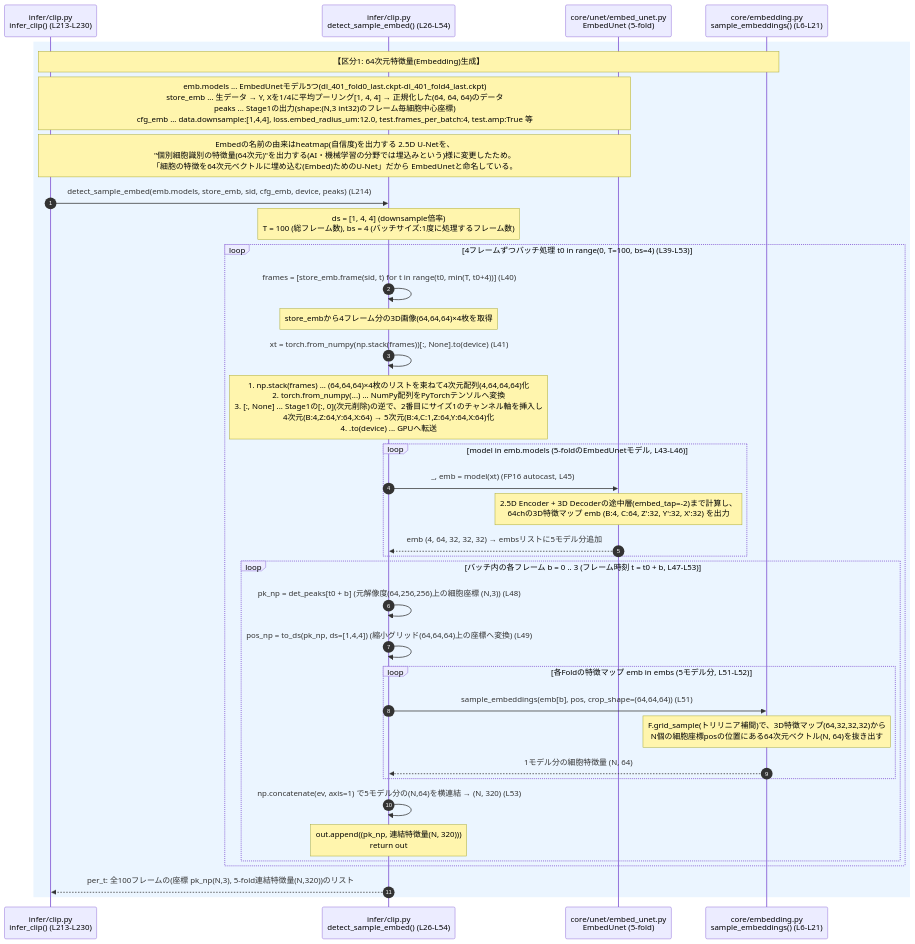
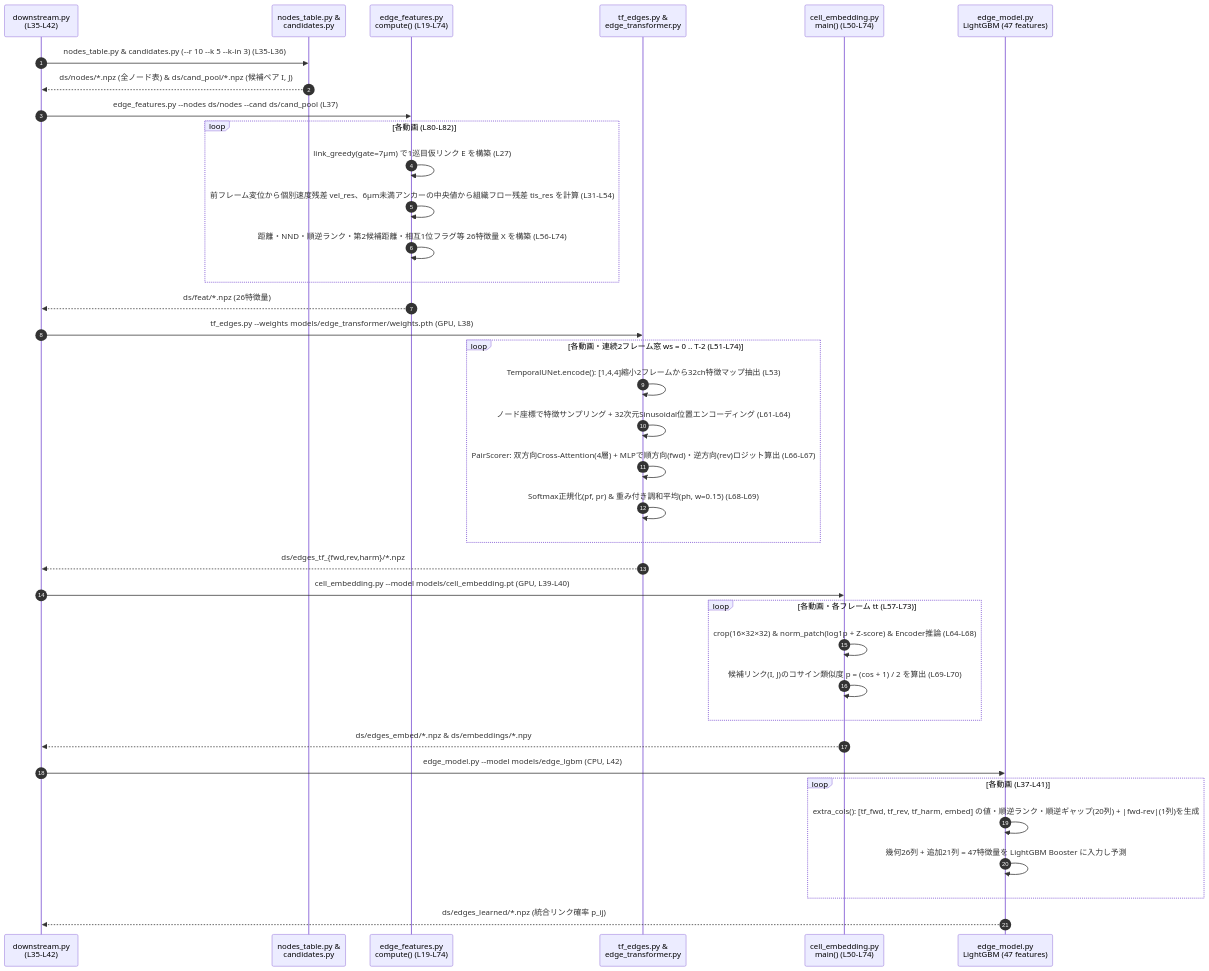
One commit to kito2718/kgle_001_BCT_Episode changed the fourth of 8 diagrams in episode/Summary&Conclusion/4th-place-summary.md. Above: the diagram before and after it, drawn with Mermaid. The commit also changed other lines of this file and 1 other file, not shown here.

````diff
--- a/episode/Summary&Conclusion/4th-place-summary.md
+++ b/episode/Summary&Conclusion/4th-place-summary.md
@@ -287,40 +361,44 @@
 ```mermaid
 sequenceDiagram
     autonumber
-    participant Clip as infer/clip.py<br/>infer_clip() (L213-L230)
-    participant DSE as infer/clip.py<br/>detect_sample_embed() (L26-L54)
-    participant Emb as core/unet/embed_unet.py<br/>EmbedUnet (5-fold)
-    participant Sample as core/embedding.py<br/>sample_embeddings() (L6-L21)
+    participant DS as downstream.py<br/>(L35-L42)
+    participant Cand as nodes_table.py &<br/>candidates.py
+    participant Feat as edge_features.py<br/>compute() (L19-L74)
+    participant TF as tf_edges.py &<br/>edge_transformer.py
+    participant Emb as cell_embedding.py<br/>main() (L50-L74)
+    participant LGB as edge_model.py<br/>LightGBM (47 features)
 
-    rect rgb(235, 245, 255)
-    Note over Clip,Sample: 【区分1: 64次元特徴量(Embedding)生成】
-    Note over Clip,Emb: emb.models ... EmbedUnetモデル5つ(dl_401_fold0_last.ckpt-dl_401_fold4_last.ckpt)<br/>store_emb ... 生データ → Y, Xを1/4に平均プーリング[1, 4, 4] → 正規化した(64, 64, 64)のデータ<br/>peaks ... Stage1の出力(shape:(N,3 int32)のフレーム毎細胞中心座標)<br/>cfg_emb ... data.downsample:[1,4,4], loss.embed_radius_um:12.0, test.frames_per_batch:4, test.amp:True 等
-    Note over Clip,Emb: Embedの名前の由来はheatmap(自信度)を出力する 2.5D U-Netを、<br/>"個別細胞識別の特徴量(64次元)"を出力する(AI・機械学習の分野では埋込みという)様に変更したため。<br/>「細胞の特徴を64次元ベクトルに埋め込む(Embed)ためのU-Net」だから EmbedUnetと命名している。
-    Clip->>DSE: detect_sample_embed(emb.models, store_emb, sid, cfg_emb, device, peaks) (L214)
-    Note over DSE: ds = [1, 4, 4] (downsample倍率)<br/>T = 100 (総フレーム数), bs = 4 (バッチサイズ:1度に処理するフレーム数)
-    loop 4フレームずつバッチ処理 t0 in range(0, T=100, bs=4) (L39-L53)
-        DSE->>DSE: frames = [store_emb.frame(sid, t) for t in range(t0, min(T, t0+4))] (L40)
-        Note over DSE: store_embから4フレーム分の3D画像(64,64,64)×4枚を取得
-        DSE->>DSE: xt = torch.from_numpy(np.stack(frames))[:, None].to(device) (L41)
-        Note over DSE: 1. np.stack(frames) ... (64,64,64)×4枚のリストを束ねて4次元配列(4,64,64,64)化<br/>2. torch.from_numpy(...) ... NumPy配列をPyTorchテンソルへ変換<br/>3. [:, None] ... Stage1の[:, 0](次元削除)の逆で、2番目にサイズ1のチャンネル軸を挿入し<br/>   4次元(B:4,Z:64,Y:64,X:64) → 5次元(B:4,C:1,Z:64,Y:64,X:64)化<br/>4. .to(device) ... GPUへ転送
-        loop model in emb.models (5-foldのEmbedUnetモデル, L43-L46)
-            DSE->>Emb: _, emb = model(xt) (FP16 autocast, L45)
-            Note over Emb: 2.5D Encoder + 3D Decoderの途中層(embed_tap=-2)まで計算し、<br/>64chの3D特徴マップ emb (B:4, C:64, Z':32, Y':32, X':32) を出力
-            Emb-->>DSE: emb (4, 64, 32, 32, 32) → embsリストに5モデル分追加
-        end
-        loop バッチ内の各フレーム b = 0 .. 3 (フレーム時刻 t = t0 + b, L47-L53)
-            DSE->>DSE: pk_np = det_peaks[t0 + b] (元解像度(64,256,256)上の細胞座標 (N,3)) (L48)
-            DSE->>DSE: pos_np = to_ds(pk_np, ds=[1,4,4]) (縮小グリッド(64,64,64)上の座標へ変換) (L49)
-            loop 各Foldの特徴マップ emb in embs (5モデル分, L51-L52)
-                DSE->>Sample: sample_embeddings(emb[b], pos, crop_shape=(64,64,64)) (L51)
-                Note over Sample: F.grid_sample(トリリニア補間)で、3D特徴マップ(64,32,32,32)から<br/>N個の細胞座標posの位置にある64次元ベクトル(N, 64)を抜き出す
-                Sample-->>DSE: 1モデル分の細胞特徴量 (N, 64)
-            end
-            DSE->>DSE: np.concatenate(ev, axis=1) で5モデル分の(N,64)を横連結 → (N, 320) (L53)
-            Note over DSE: out.append((pk_np, 連結特徴量(N, 320)))<br/>return out
-        end
+    DS->>Cand: nodes_table.py & candidates.py (--r 10 --k 5 --k-in 3) (L35-L36)
+    Cand-->>DS: ds/nodes/*.npz (全ノード表) & ds/cand_pool/*.npz (候補ペア I, J)
+
+    DS->>Feat: edge_features.py --nodes ds/nodes --cand ds/cand_pool (L37)
+    loop 各動画 (L80-L82)
+        Feat->>Feat: link_greedy(gate=7µm) で1巡目仮リンク E を構築 (L27)
+        Feat->>Feat: 前フレーム変位から個別速度残差 vel_res、6µm未満アンカーの中央値から組織フロー残差 tis_res を計算 (L31-L54)
+        Feat->>Feat: 距離・NND・順逆ランク・第2候補距離・相互1位フラグ等 26特徴量 X を構築 (L56-L74)
     end
-    DSE-->>Clip: per_t: 全100フレームの(座標 pk_np(N,3), 5-fold連結特徴量(N,320))のリスト
+    Feat-->>DS: ds/feat/*.npz (26特徴量)
+
+    DS->>TF: tf_edges.py --weights models/edge_transformer/weights.pth (GPU, L38)
+    loop 各動画・連続2フレーム窓 ws = 0 .. T-2 (L51-L74)
+        TF->>TF: TemporalUNet.encode(): [1,4,4]縮小2フレームから32ch特徴マップ抽出 (L53)
+        TF->>TF: ノード座標で特徴サンプリング + 32次元Sinusoidal位置エンコーディング (L61-L64)
+        TF->>TF: PairScorer: 双方向Cross-Attention(4層) + MLPで順方向(fwd)・逆方向(rev)ロジット算出 (L66-L67)
+        TF->>TF: Softmax正規化(pf, pr) & 重み付き調和平均(ph, w=0.15) (L68-L69)
     end
+    TF-->>DS: ds/edges_tf_{fwd,rev,harm}/*.npz
 
+    DS->>Emb: cell_embedding.py --model models/cell_embedding.pt (GPU, L39-L40)
+    loop 各動画・各フレーム tt (L57-L73)
+        Emb->>Emb: crop(16×32×32) & norm_patch(log1p + Z-score) & Encoder推論 (L64-L68)
+        Emb->>Emb: 候補リンク(I, J)のコサイン類似度 p = (cos + 1) / 2 を算出 (L69-L70)
+    end
+    Emb-->>DS: ds/edges_embed/*.npz & ds/embeddings/*.npy
+
+    DS->>LGB: edge_model.py --model models/edge_lgbm (CPU, L42)
+    loop 各動画 (L37-L41)
+        LGB->>LGB: extra_cols(): [tf_fwd, tf_rev, tf_harm, embed] の値・順逆ランク・順逆ギャップ(20列) + |fwd-rev|(1列)を生成
+        LGB->>LGB: 幾何26列 + 追加21列 = 47特徴量を LightGBM Booster に入力し予測
+    end
+    LGB-->>DS: ds/edges_learned/*.npz (統合リンク確率 p_ij)
 ```
````
